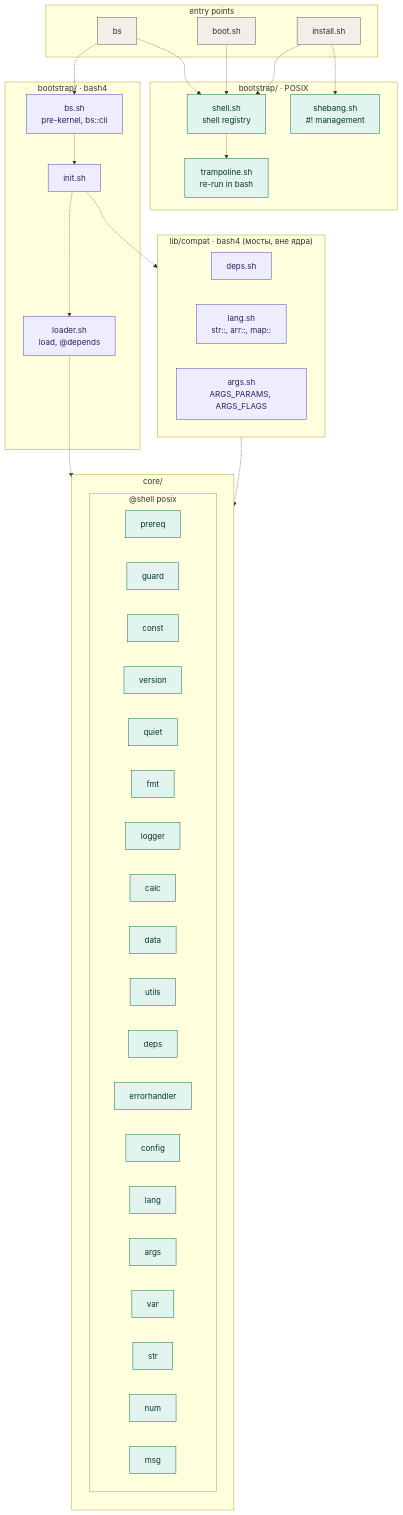
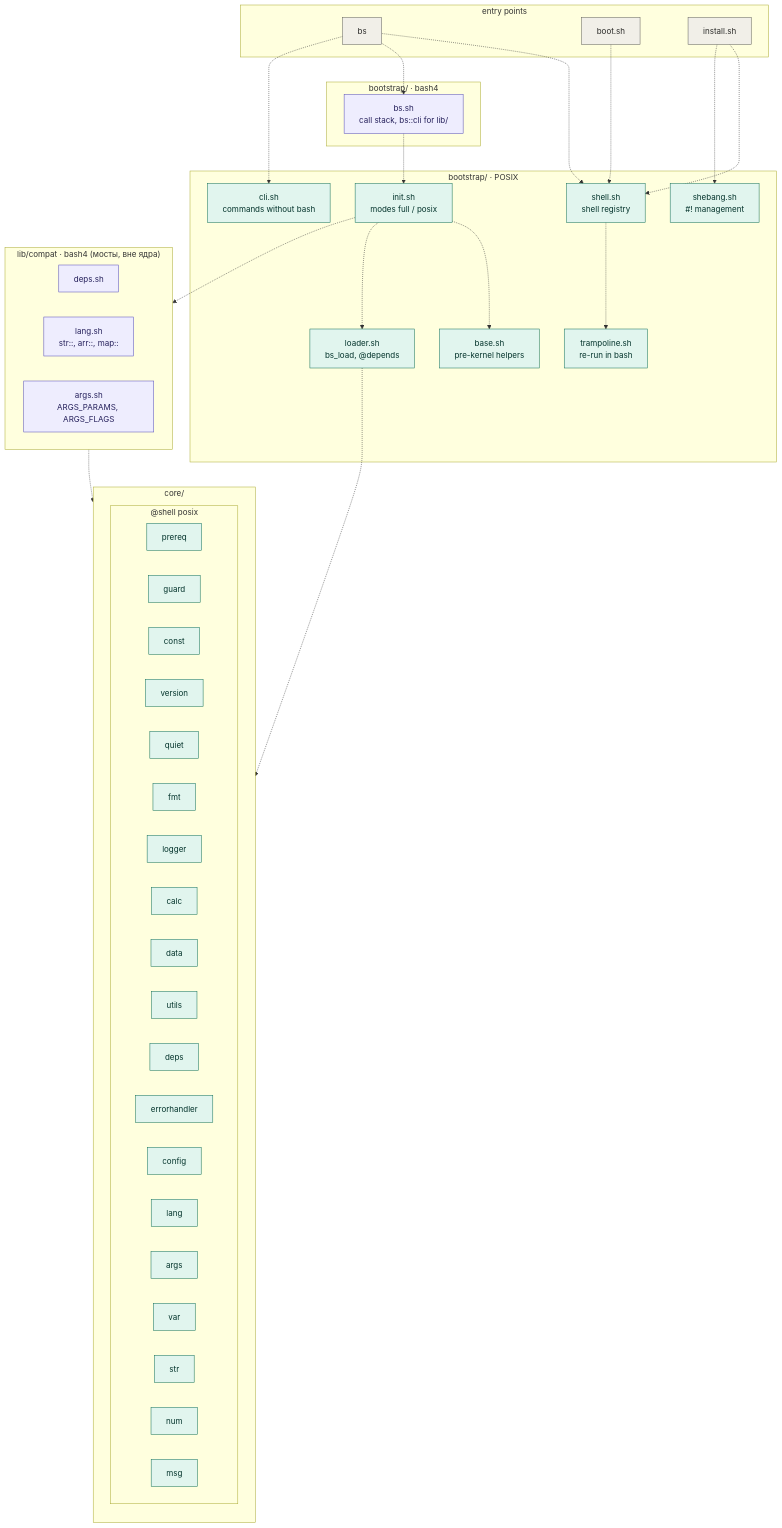
One commit to Igormm/bs changed the first of 7 diagrams in documentation/ru/01-getting-started/README.md. Above: the diagram before and after it, drawn with Mermaid. The commit also changed other lines of this file and 4 other files, not shown here.

First line of the commit message:
docs: схема компонентов Getting Started и примеры кодстайла после перевода args

````diff
--- a/documentation/ru/01-getting-started/README.md
+++ b/documentation/ru/01-getting-started/README.md
@@ -164,61 +164,65 @@
 ```mermaid
 flowchart TB
   classDef entry fill:#F1EFE8,stroke:#5F5E5A,color:#2C2C2A
   classDef posix fill:#E1F5EE,stroke:#0F6E56,color:#04342C
   classDef bash4 fill:#EEEDFE,stroke:#534AB7,color:#26215C
   subgraph E["entry points"]
     bs["bs"]:::entry
     boot["boot.sh"]:::entry
     inst["install.sh"]:::entry
   end
   subgraph P["bootstrap/ · POSIX"]
     shell["shell.sh<br/>shell registry"]:::posix
     tramp["trampoline.sh<br/>re-run in bash"]:::posix
     sheb["shebang.sh<br/>#! management"]:::posix
+    base["base.sh<br/>pre-kernel helpers"]:::posix
+    init["init.sh<br/>modes full / posix"]:::posix
+    loader["loader.sh<br/>bs_load, @depends"]:::posix
+    cli["cli.sh<br/>commands without bash"]:::posix
   end
   subgraph B["bootstrap/ · bash4"]
-    bssh["bs.sh<br/>pre-kernel, bs::cli"]:::bash4
-    init["init.sh"]:::bash4
-    loader["loader.sh<br/>load, @depends"]:::bash4
+    bssh["bs.sh<br/>call stack, bs::cli for lib/"]:::bash4
   end
   subgraph C["core/"]
     direction TB
     subgraph CP["@shell posix"]
       prereq:::posix
       guard:::posix
       const:::posix
       version:::posix
       quiet:::posix
       fmt:::posix
       logger:::posix
       calc:::posix
       data:::posix
       utils:::posix
       deps:::posix
       errorhandler:::posix
       config:::posix
       lang:::posix
       args:::posix
       var:::posix
       str:::posix
       num:::posix
       msg:::posix
     end
   end
   subgraph L["lib/compat · bash4 (мосты, вне ядра)"]
     cdeps["deps.sh"]:::bash4
     clang["lang.sh<br/>str::, arr::, map::"]:::bash4
     cargs["args.sh<br/>ARGS_PARAMS, ARGS_FLAGS"]:::bash4
   end
   bs -.-> shell
   boot -.-> shell
   inst -.-> shell
   shell -.-> tramp
   bs -.-> bssh
+  bs -.-> cli
   bssh -.-> init
+  init -.-> base
   init -.-> loader
   loader -.-> CP
   init -.-> L
   L -.-> CP
   inst -.-> sheb
 ```
````
